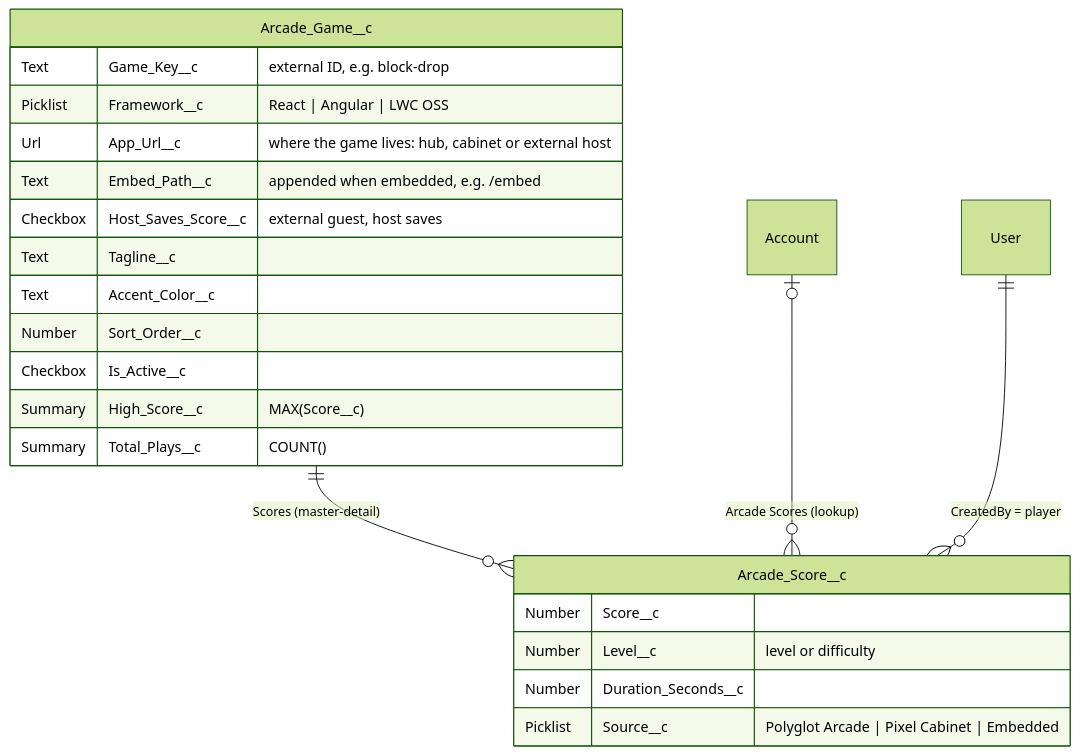
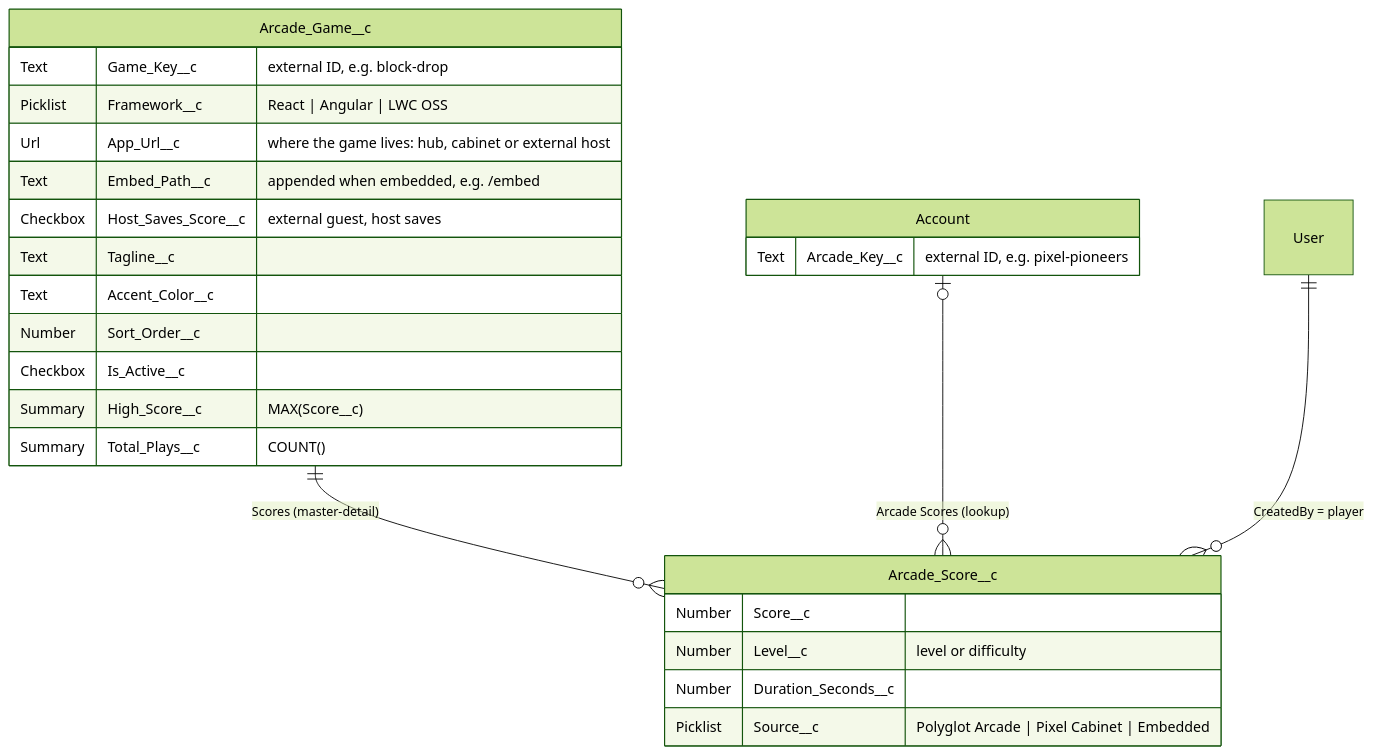
One commit to svierk/polyglot-arcade changed the diagram in docs/architecture/data-model.md. Above: the diagram before and after it, drawn with Mermaid (forest theme). The commit also changed other lines of this file and 23 other files, not shown here.

First line of the commit message:
feat(arcade-floor): seed the showcase Account Pixel Pioneers Inc.

````diff
--- a/docs/architecture/data-model.md
+++ b/docs/architecture/data-model.md
@@ -9,25 +9,28 @@
 ```mermaid
 erDiagram
     Arcade_Game__c ||--o{ Arcade_Score__c : "Scores (master-detail)"
     Account |o--o{ Arcade_Score__c : "Arcade Scores (lookup)"
     User ||--o{ Arcade_Score__c : "CreatedBy = player"
     Arcade_Game__c {
         Text Game_Key__c "external ID, e.g. block-drop"
         Picklist Framework__c "React | Angular | LWC OSS"
         Url App_Url__c "where the game lives: hub, cabinet or external host"
         Text Embed_Path__c "appended when embedded, e.g. /embed"
         Checkbox Host_Saves_Score__c "external guest, host saves"
         Text Tagline__c
         Text Accent_Color__c
         Number Sort_Order__c
         Checkbox Is_Active__c
         Summary High_Score__c "MAX(Score__c)"
         Summary Total_Plays__c "COUNT()"
     }
     Arcade_Score__c {
         Number Score__c
         Number Level__c "level or difficulty"
         Number Duration_Seconds__c
         Picklist Source__c "Polyglot Arcade | Pixel Cabinet | Embedded"
     }
+    Account {
+        Text Arcade_Key__c "external ID, e.g. pixel-pioneers"
+    }
 ```
````
